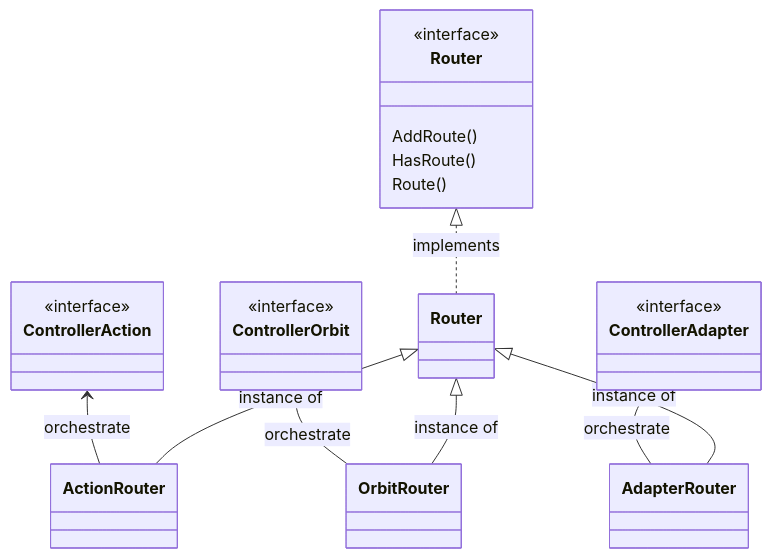
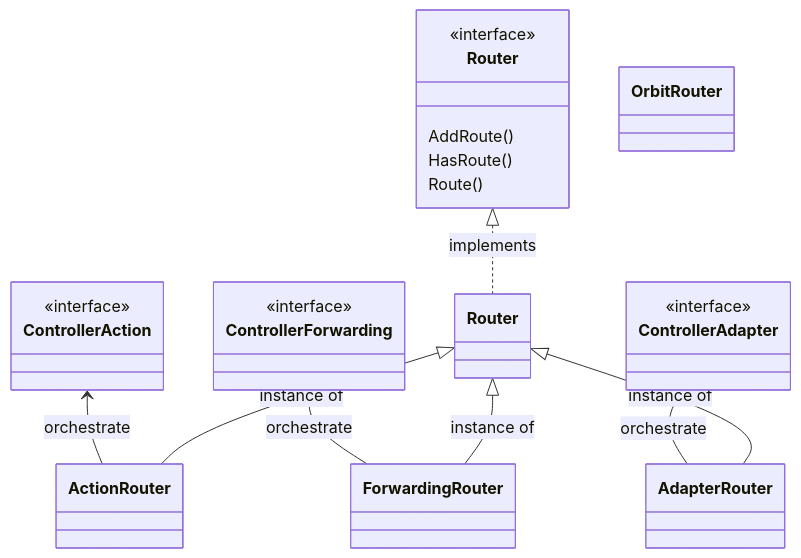
Before and after one commit to noble-assets/orbiter: the fifth of 5 diagrams in ARCHITECTURE.md, drawn with Mermaid. The commit also changed other lines of this file and 1 other file, not shown here.

````diff
--- a/ARCHITECTURE.md
+++ b/ARCHITECTURE.md
@@ -527,39 +527,39 @@
 ```mermaid
 classDiagram
     class ControllerAdapter {
         <<interface>>
     }
     class ControllerAction {
         <<interface>>
     }
-    class ControllerOrbit {
+    class ControllerForwarding {
         <<interface>>
     }
 
     class RouterInterface["Router"] {
         <<interface>>
         AddRoute()
         HasRoute()
         Route()
     }
 
     class RouterType["Router"] {
     }
 
     class OrbitRouter {
     }
     class ActionRouter {
     }
     class AdapterRouter {
     }
 
     %% Relationships
-    ControllerOrbit <-- OrbitRouter : orchestrate
+    ControllerForwarding <-- ForwardingRouter : orchestrate
     ControllerAction <-- ActionRouter : orchestrate
     ControllerAdapter <-- AdapterRouter : orchestrate
 
     RouterInterface <|.. RouterType : implements
     RouterType <|-- ActionRouter : instance of
-    RouterType <|-- OrbitRouter : instance of
+    RouterType <|-- ForwardingRouter : instance of
     RouterType <|-- AdapterRouter : instance of
 ```
````
